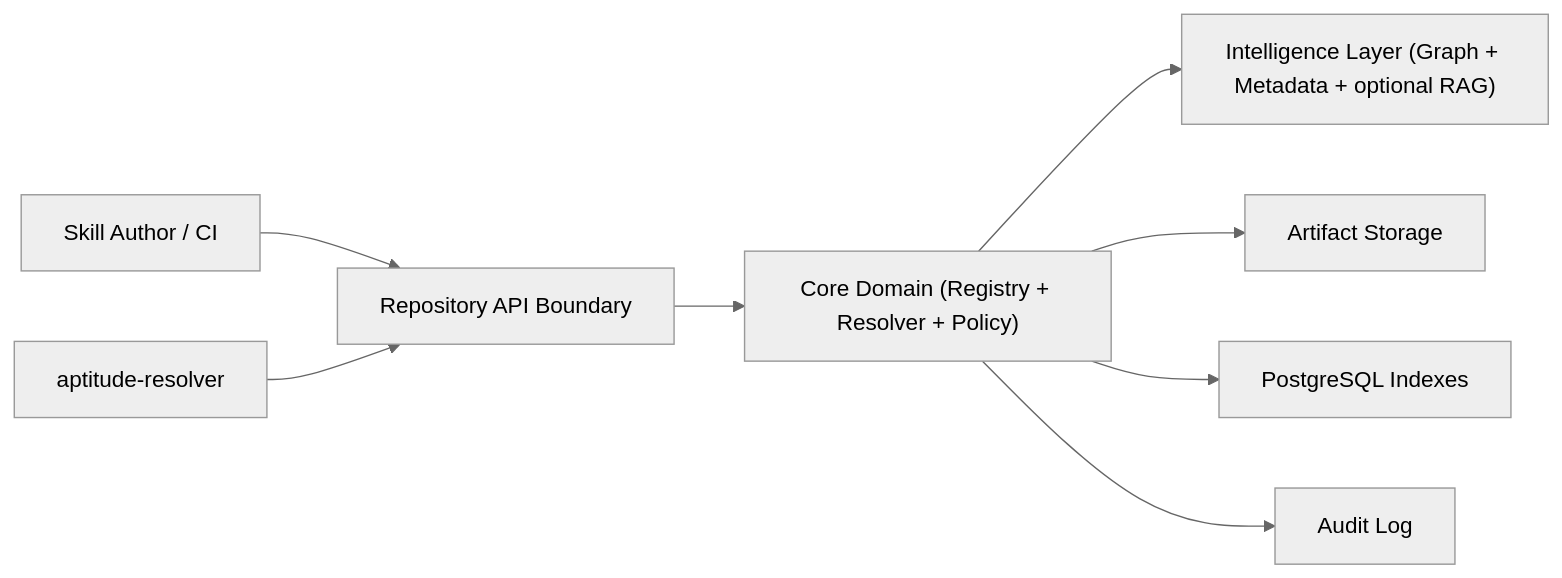
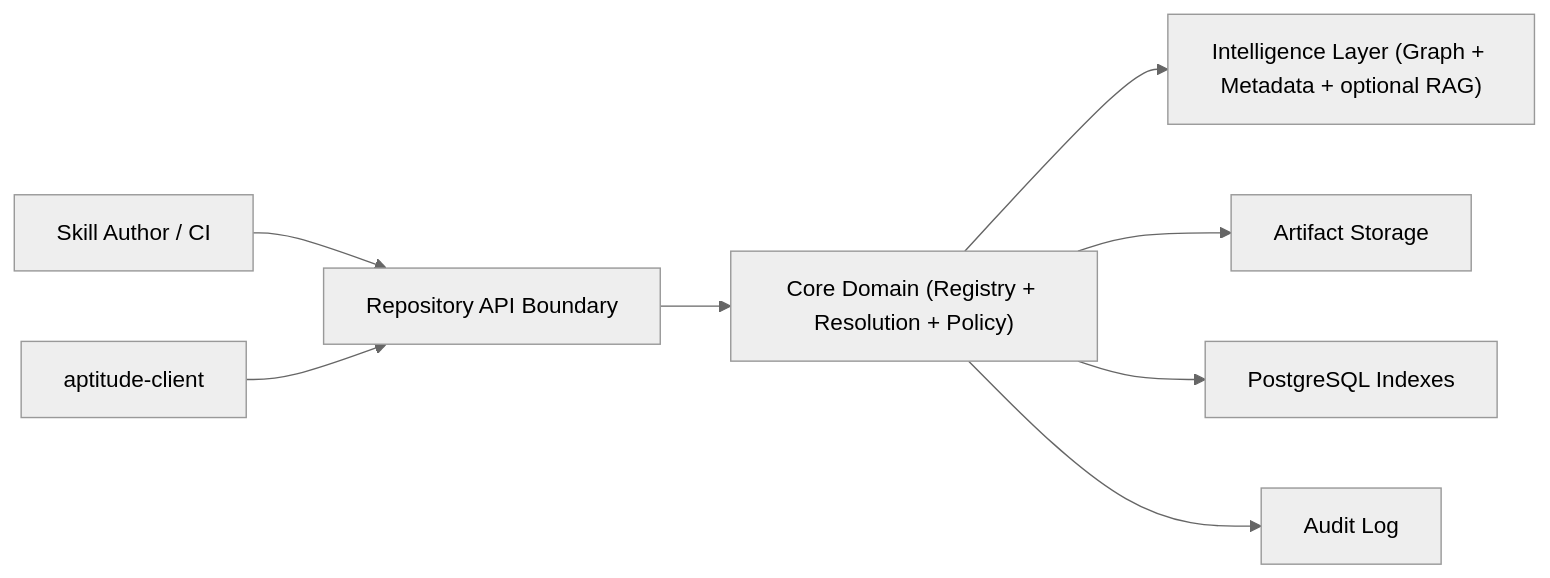
One commit to aptitude-stack/resolver changed the diagram in docs/repository-prd.md. Above: the diagram before and after it, drawn with Mermaid (neutral theme). The commit also changed other lines of this file and 6 other files, not shown here.

````diff
--- a/docs/repository-prd.md
+++ b/docs/repository-prd.md
@@ -63,10 +63,10 @@
 ```mermaid
 flowchart LR
   Author["Skill Author / CI"] --> API["Repository API Boundary"]
-  Resolver["aptitude-resolver"] --> API
-  API --> Domain["Core Domain (Registry + Resolver + Policy)"]
+  Client["aptitude-client"] --> API
+  API --> Domain["Core Domain (Registry + Resolution + Policy)"]
   Domain --> Intelligence["Intelligence Layer (Graph + Metadata + optional RAG)"]
   Domain --> Artifacts["Artifact Storage"]
   Domain --> DB["PostgreSQL Indexes"]
   Domain --> Audit["Audit Log"]
 ```
````
